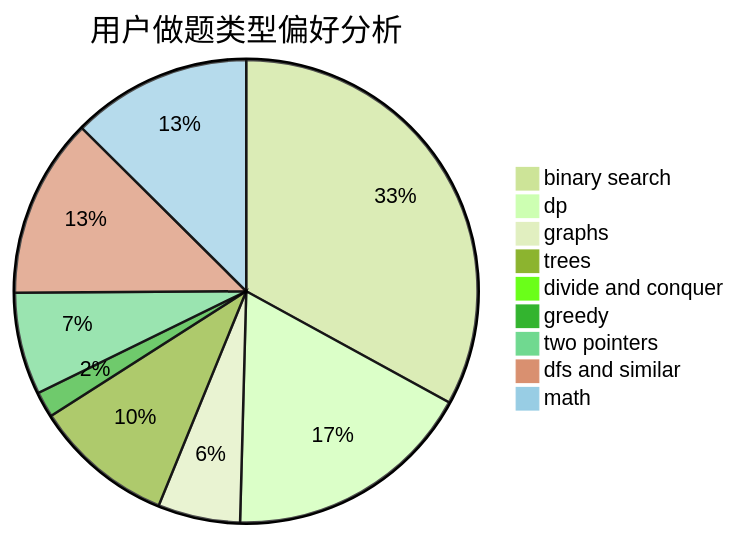
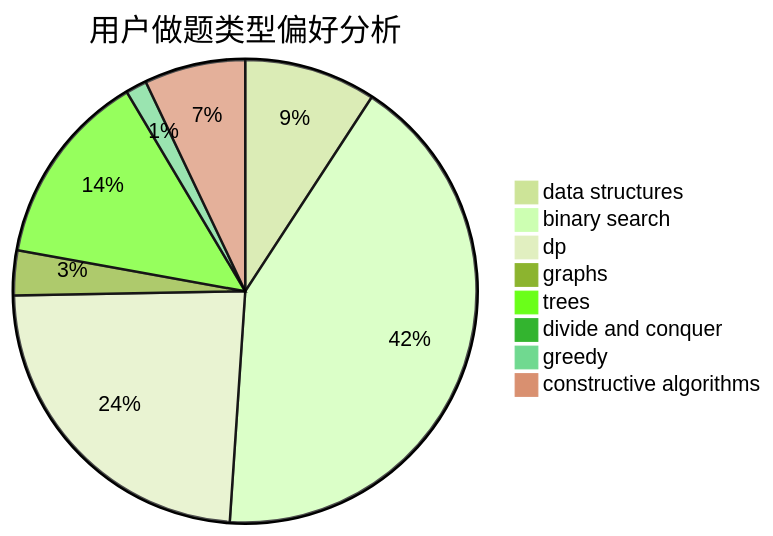
Before and after one commit to sherpahu/cfrs.github.io: the second of 3 diagrams in docs/user/u2514.md, drawn with Mermaid (forest theme). The commit also changed other lines of this file and 2775 other files, not shown here.

````diff
--- a/docs/user/u2514.md
+++ b/docs/user/u2514.md
@@ -23,12 +23,11 @@
 ```mermaid
 pie title 用户做题类型偏好分析
-    "binary search" :  310
-    "dp" :  164
-    "graphs" :  54
-    "trees" :  92
+    "data structures" :  56
+    "binary search" :  255
+    "dp" :  144
+    "graphs" :  19
+    "trees" :  83
     "divide and conquer" :  0
-    "greedy" :  17
-    "two pointers" :  67
-    "dfs and similar" :  118
-    "math" :  118
+    "greedy" :  9
+    "constructive algorithms" :  43
 ```
````
